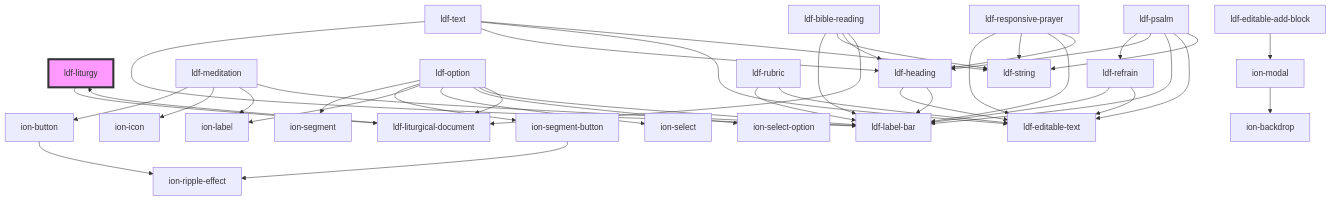
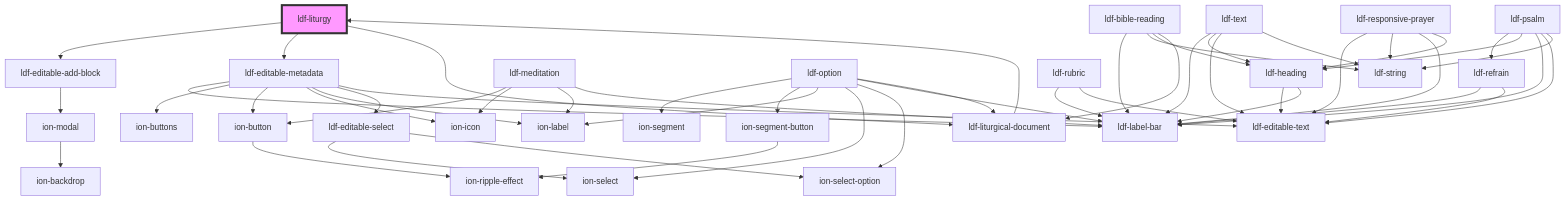
One commit to gbj/venite changed the diagram in components/src/components/liturgy/readme.md. Above: the diagram before and after it, drawn with Mermaid. The commit also changed other lines of this file and 46 other files, not shown here.

````diff
--- a/components/src/components/liturgy/readme.md
+++ b/components/src/components/liturgy/readme.md
@@ -28,44 +30,55 @@
 ```mermaid
 graph TD;
+  ldf-liturgy --> ldf-editable-add-block
+  ldf-liturgy --> ldf-editable-metadata
   ldf-liturgy --> ldf-liturgical-document
+  ldf-editable-add-block --> ion-modal
+  ion-modal --> ion-backdrop
+  ldf-editable-metadata --> ldf-label-bar
+  ldf-editable-metadata --> ion-buttons
+  ldf-editable-metadata --> ion-button
+  ldf-editable-metadata --> ion-icon
+  ldf-editable-metadata --> ion-label
+  ldf-editable-metadata --> ldf-editable-select
+  ldf-editable-metadata --> ldf-editable-text
+  ion-button --> ion-ripple-effect
+  ldf-editable-select --> ion-select
+  ldf-editable-select --> ion-select-option
   ldf-liturgical-document --> ldf-liturgy
   ldf-heading --> ldf-editable-text
   ldf-heading --> ldf-label-bar
   ldf-meditation --> ion-button
   ldf-meditation --> ion-icon
   ldf-meditation --> ion-label
   ldf-meditation --> ldf-label-bar
-  ion-button --> ion-ripple-effect
   ldf-option --> ion-segment
   ldf-option --> ion-segment-button
   ldf-option --> ion-label
   ldf-option --> ion-select
   ldf-option --> ion-select-option
   ldf-option --> ldf-label-bar
   ldf-option --> ldf-liturgical-document
   ion-segment-button --> ion-ripple-effect
   ldf-refrain --> ldf-label-bar
   ldf-refrain --> ldf-editable-text
   ldf-rubric --> ldf-label-bar
   ldf-rubric --> ldf-editable-text
   ldf-text --> ldf-label-bar
   ldf-text --> ldf-heading
   ldf-text --> ldf-editable-text
   ldf-text --> ldf-string
   ldf-responsive-prayer --> ldf-editable-text
   ldf-responsive-prayer --> ldf-string
   ldf-responsive-prayer --> ldf-label-bar
   ldf-responsive-prayer --> ldf-heading
   ldf-bible-reading --> ldf-label-bar
   ldf-bible-reading --> ldf-string
   ldf-bible-reading --> ldf-heading
   ldf-bible-reading --> ldf-liturgical-document
   ldf-psalm --> ldf-refrain
   ldf-psalm --> ldf-heading
   ldf-psalm --> ldf-label-bar
   ldf-psalm --> ldf-editable-text
   ldf-psalm --> ldf-string
-  ldf-editable-add-block --> ion-modal
-  ion-modal --> ion-backdrop
   style ldf-liturgy fill:#f9f,stroke:#333,stroke-width:4px
 ```
````
